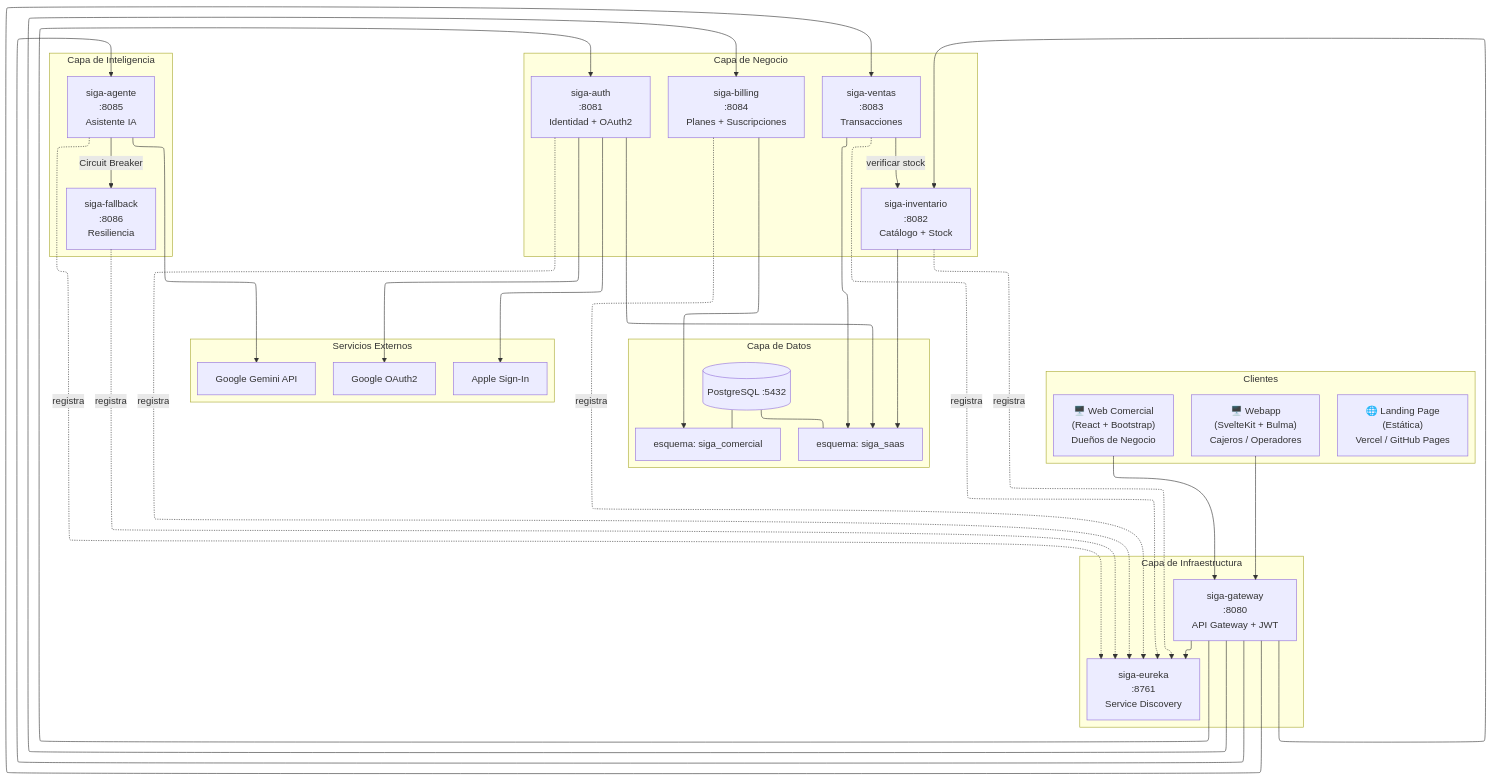
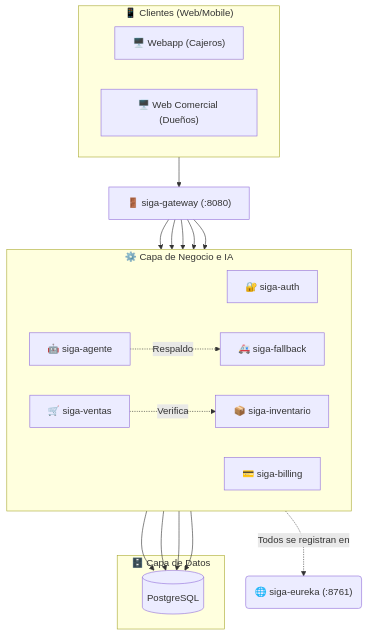
Before and after one commit to HecAguilaV/SIGA: the first of 7 diagrams in openspec/changes/migracion-microservicios/architecture-diagrams.md, drawn with Mermaid. The commit also changed other lines of this file, not shown here.

Commit message:
docs: simplificar diagramas para evitar líneas espagueti y mejorar legibilidad

````diff
--- a/openspec/changes/migracion-microservicios/architecture-diagrams.md
+++ b/openspec/changes/migracion-microservicios/architecture-diagrams.md
@@ -10,68 +10,43 @@
 ```mermaid
-%%{init: {"flowchart": {"defaultRenderer": "elk"}}}%%
 flowchart TD
-    subgraph Clientes["Clientes"]
-        WA["🖥️ Webapp<br/>(SvelteKit + Bulma)<br/>Cajeros / Operadores"]
-        WC["🖥️ Web Comercial<br/>(React + Bootstrap)<br/>Dueños de Negocio"]
-        LP["🌐 Landing Page<br/>(Estática)<br/>Vercel / GitHub Pages"]
+    subgraph Clientes["📱 Clientes (Web/Mobile)"]
+        W1["🖥️ Webapp (Cajeros)"]
+        W2["🖥️ Web Comercial (Dueños)"]
     end
 
-    subgraph Infraestructura["Capa de Infraestructura"]
-        EU["siga-eureka<br/>:8761<br/>Service Discovery"]
-        GW["siga-gateway<br/>:8080<br/>API Gateway + JWT"]
+    GW["🚪 siga-gateway (:8080)"]
+
+    subgraph Microservicios["⚙️ Capa de Negocio e IA"]
+        direction LR
+        AU["🔐 siga-auth"]
+        IN["📦 siga-inventario"]
+        VE["🛒 siga-ventas"]
+        BI["💳 siga-billing"]
+        AG["🤖 siga-agente"]
+        FB["🚑 siga-fallback"]
     end
 
-    subgraph Negocio["Capa de Negocio"]
-        AU["siga-auth<br/>:8081<br/>Identidad + OAuth2"]
-        IN["siga-inventario<br/>:8082<br/>Catálogo + Stock"]
-        VE["siga-ventas<br/>:8083<br/>Transacciones"]
-        BI["siga-billing<br/>:8084<br/>Planes + Suscripciones"]
+    subgraph Datos["🗄️ Capa de Datos"]
+        DB[("PostgreSQL")]
     end
+    
+    EU("🌐 siga-eureka (:8761)")
 
-    subgraph Inteligencia["Capa de Inteligencia"]
-        AG["siga-agente<br/>:8085<br/>Asistente IA"]
-        FB["siga-fallback<br/>:8086<br/>Resiliencia"]
-    end
-
-    subgraph Datos["Capa de Datos"]
-        DB[("PostgreSQL :5432")]
-        SS["esquema: siga_saas"]
-        SC["esquema: siga_comercial"]
-    end
-
-    subgraph Externos["Servicios Externos"]
-        GG["Google Gemini API"]
-        GO["Google OAuth2"]
-        AP["Apple Sign-In"]
-    end
-
-    WA --> GW
-    WC --> GW
-    GW --> EU
+    Clientes --> GW
+    
     GW --> AU
     GW --> IN
     GW --> VE
     GW --> BI
     GW --> AG
+    
+    AG -.->|Respaldo| FB
+    VE -.->|Verifica| IN
 
-    AU -.->|registra| EU
-    IN -.->|registra| EU
-    VE -.->|registra| EU
-    BI -.->|registra| EU
-    AG -.->|registra| EU
-    FB -.->|registra| EU
-
-    AU --> GO
-    AU --> AP
-    AG --> GG
-    AG -->|Circuit Breaker| FB
-
-    VE -->|verificar stock| IN
-
-    AU --> SS
-    IN --> SS
-    VE --> SS
-    BI --> SC
-    DB --- SS
-    DB --- SC
+    AU --> DB
+    IN --> DB
+    VE --> DB
+    BI --> DB
+    
+    Microservicios -.->|Todos se registran en| EU
 ```
````
